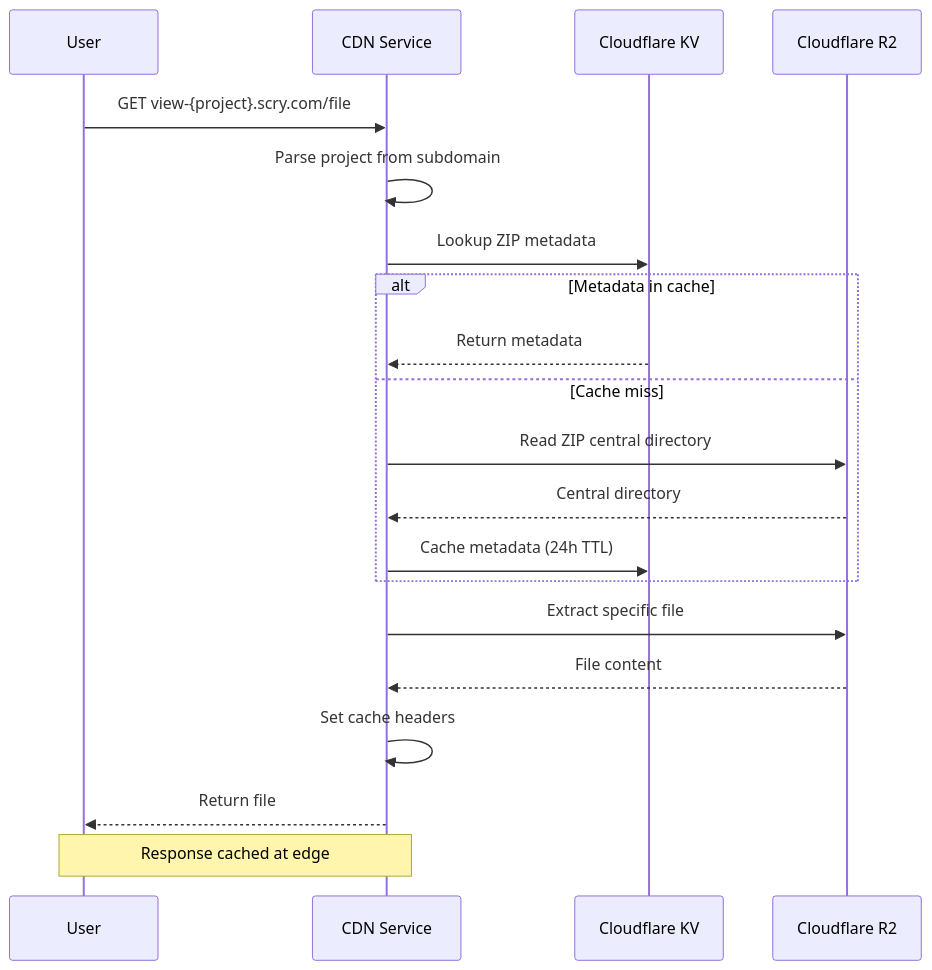
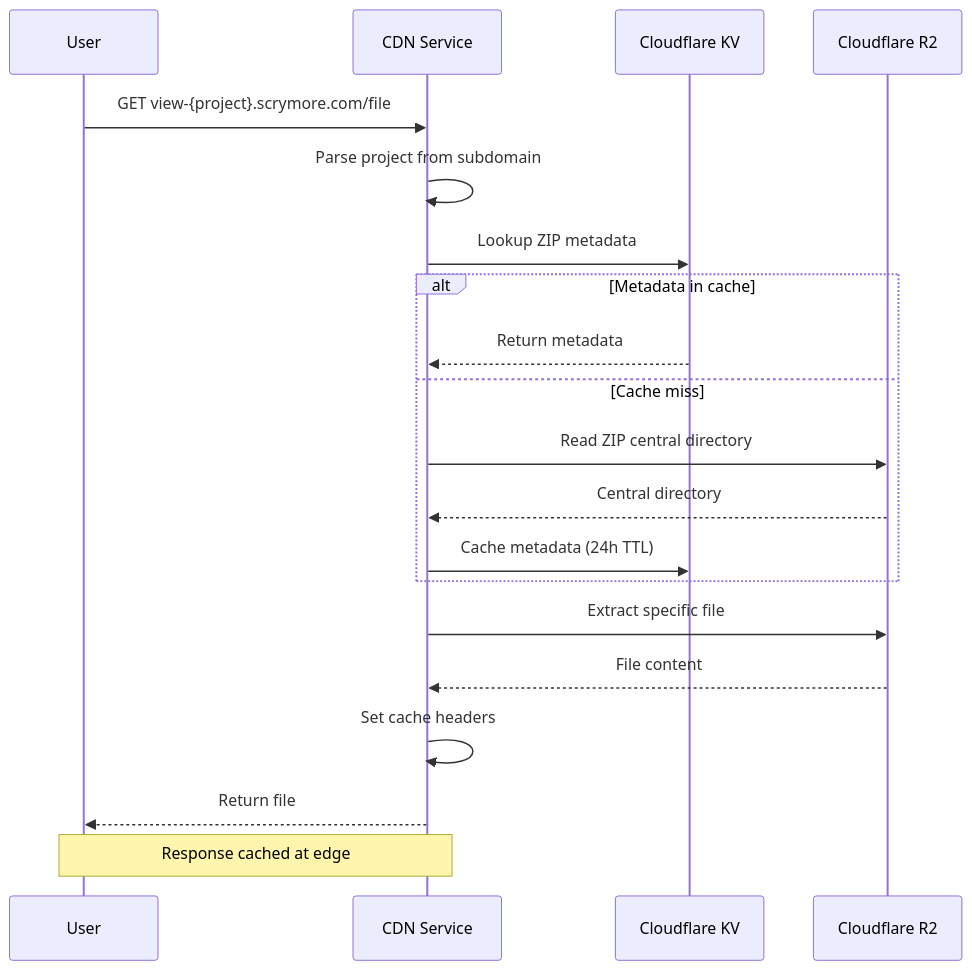
The third of 4 diagrams in services/overview.md (epinnock/scry-docs), drawn with Mermaid before and after one commit. The commit also changed 22 other files, not shown here.

````diff
--- a/services/overview.md
+++ b/services/overview.md
@@ -135,23 +135,23 @@
 ```mermaid
 sequenceDiagram
     participant User
     participant CDN as CDN Service
     participant KV as Cloudflare KV
     participant R2 as Cloudflare R2
     
-    User->>CDN: GET view-{project}.scry.com/file
+    User->>CDN: GET view-{project}.scrymore.com/file
     CDN->>CDN: Parse project from subdomain
     CDN->>KV: Lookup ZIP metadata
     alt Metadata in cache
         KV-->>CDN: Return metadata
     else Cache miss
         CDN->>R2: Read ZIP central directory
         R2-->>CDN: Central directory
         CDN->>KV: Cache metadata (24h TTL)
     end
     CDN->>R2: Extract specific file
     R2-->>CDN: File content
     CDN->>CDN: Set cache headers
     CDN-->>User: Return file
     Note over CDN,User: Response cached at edge
 ```
````
